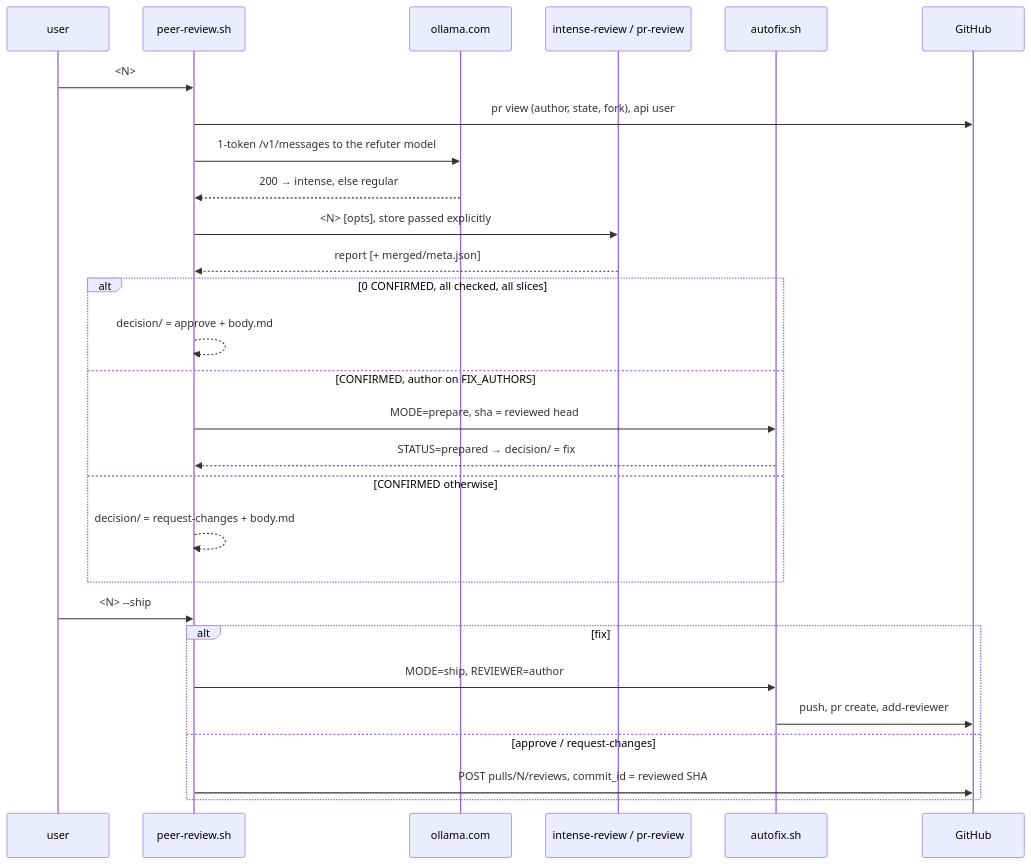
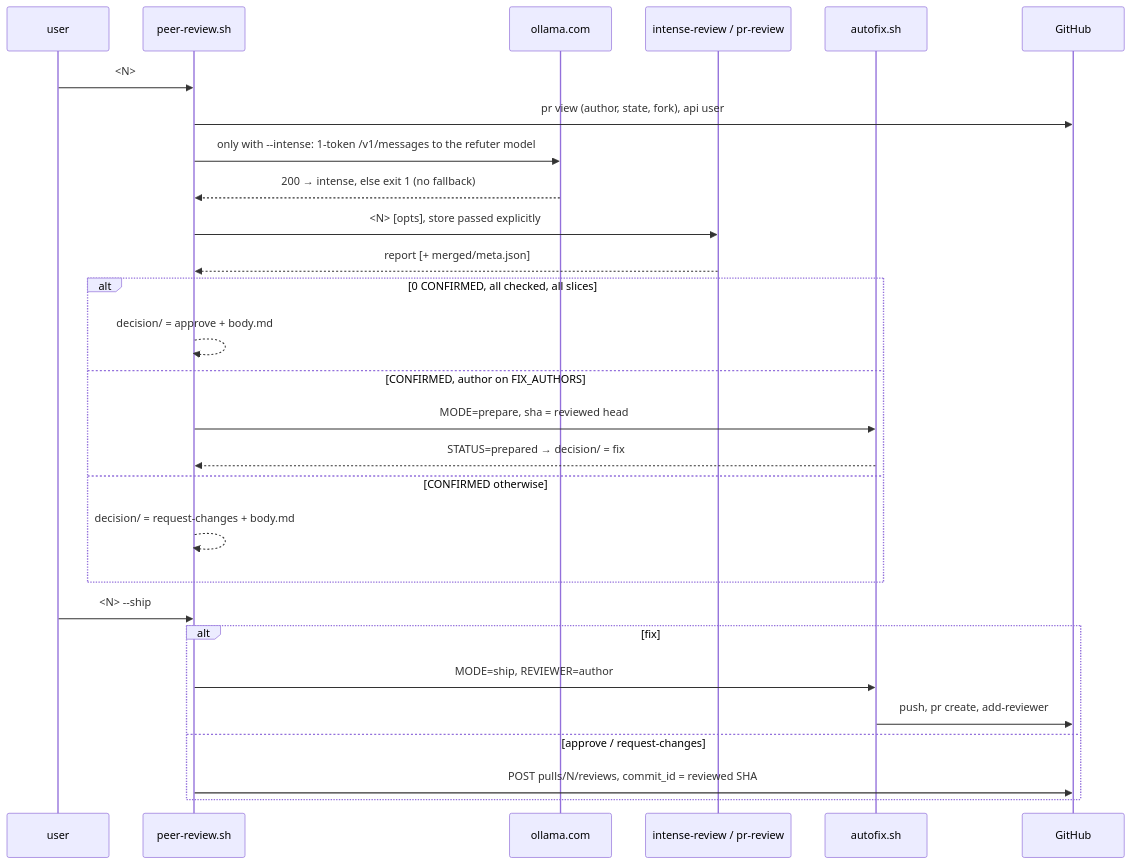
One commit to srieteja/claude-review-skills changed the diagram in skills/peer-review/DESIGN.md. Above: the diagram before and after it, drawn with Mermaid. The commit also changed 6 other files, not shown here.

First line of the commit message:
peer-review: regular engine by default, intense only when asked

````diff
--- a/skills/peer-review/DESIGN.md
+++ b/skills/peer-review/DESIGN.md
@@ -5,30 +5,30 @@
 ```mermaid
 sequenceDiagram
   participant U as user
   participant P as peer-review.sh
   participant O as ollama.com
   participant E as intense-review / pr-review
   participant A as autofix.sh
   participant G as GitHub
   U->>P: <N>
   P->>G: pr view (author, state, fork), api user
-  P->>O: 1-token /v1/messages to the refuter model
-  O-->>P: 200 → intense, else regular
+  P->>O: only with --intense: 1-token /v1/messages to the refuter model
+  O-->>P: 200 → intense, else exit 1 (no fallback)
   P->>E: <N> [opts], store passed explicitly
   E-->>P: report [+ merged/meta.json]
   alt 0 CONFIRMED, all checked, all slices
     P-->>P: decision/ = approve + body.md
   else CONFIRMED, author on FIX_AUTHORS
     P->>A: MODE=prepare, sha = reviewed head
     A-->>P: STATUS=prepared → decision/ = fix
   else CONFIRMED otherwise
     P-->>P: decision/ = request-changes + body.md
   end
   U->>P: <N> --ship
   alt fix
     P->>A: MODE=ship, REVIEWER=author
     A->>G: push, pr create, add-reviewer
   else approve / request-changes
     P->>G: POST pulls/N/reviews, commit_id = reviewed SHA
   end
 ```
````
